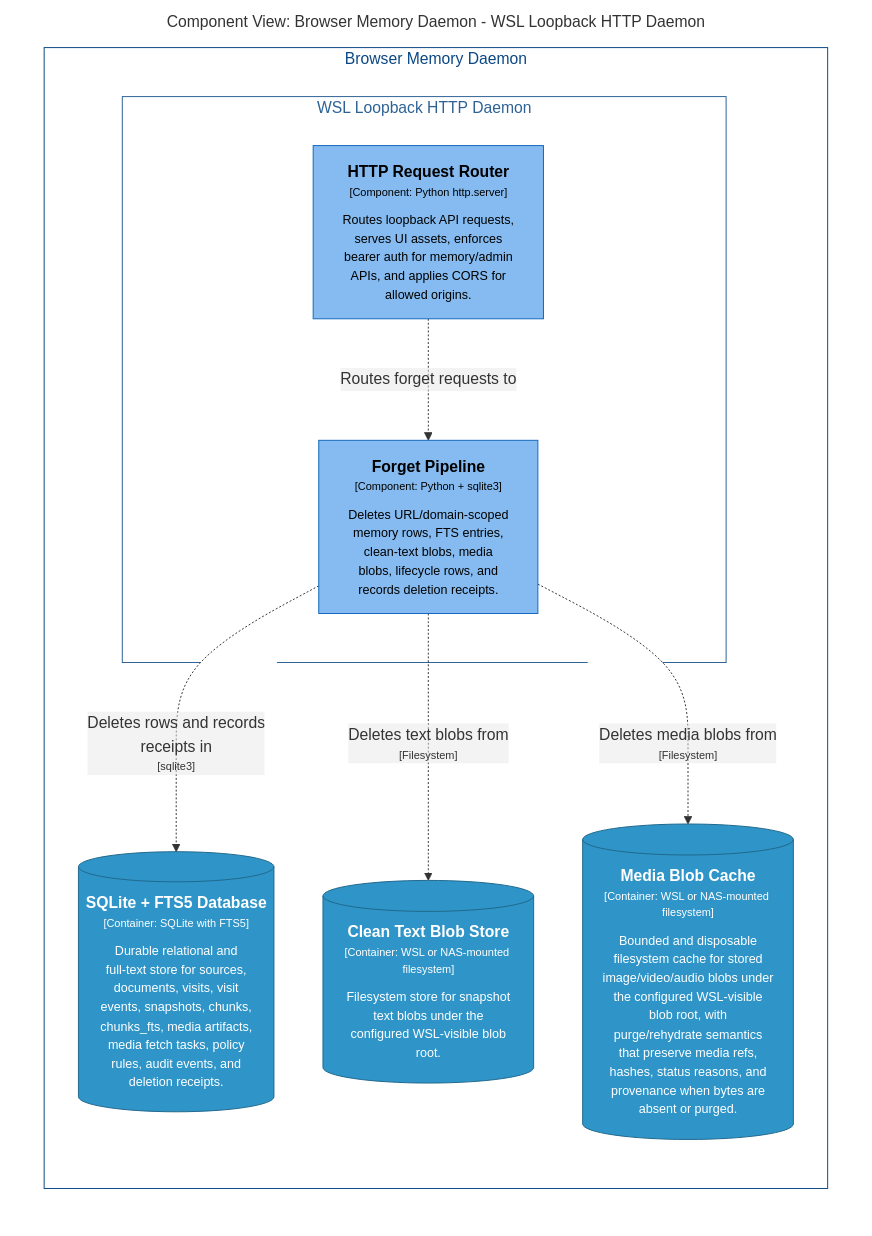
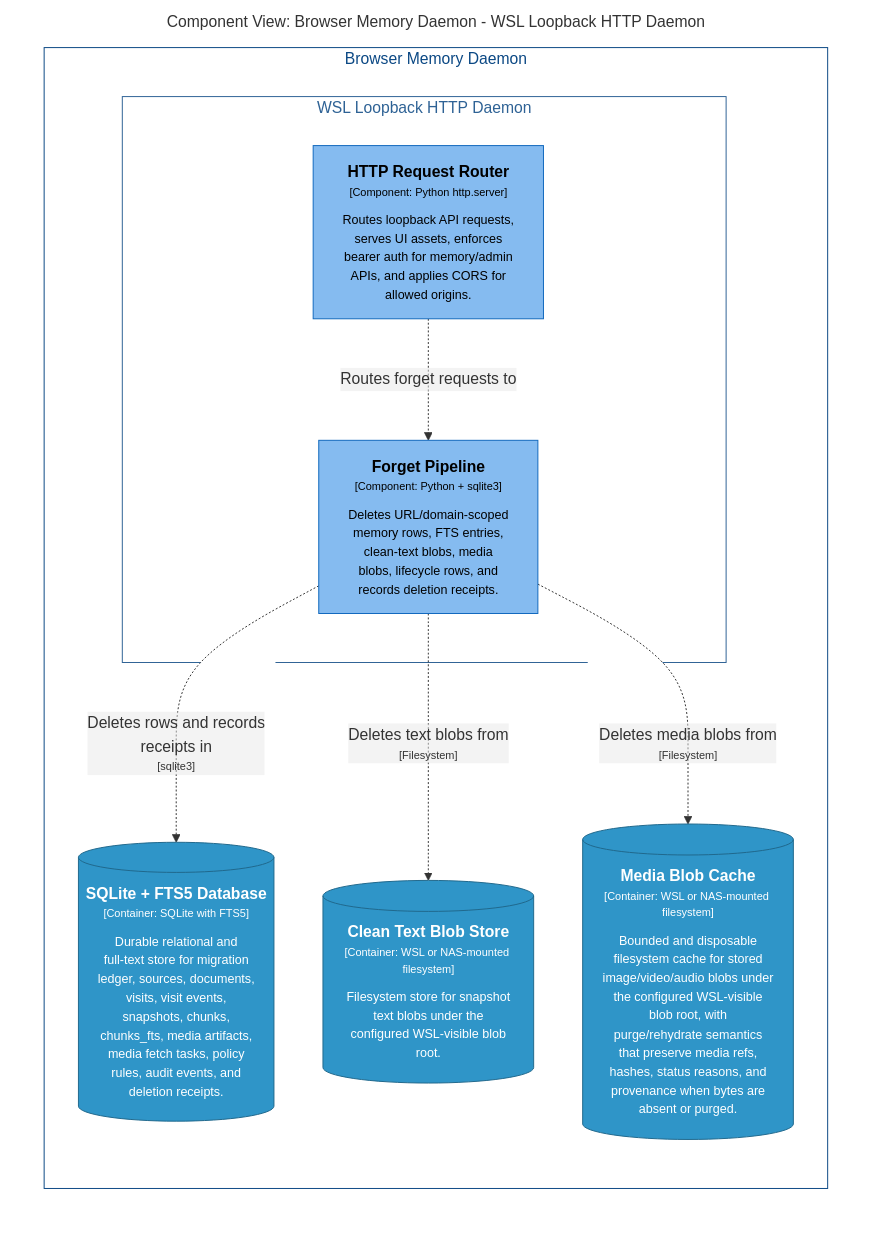
Before and after one commit to michaelnicks0/browser-memory-daemon: the diagram in docs/architecture/diagrams/markdown/DaemonForgetComponents.md, drawn with Mermaid. The commit also changed 180 other files, not shown here.

Commit message:
feat(db): add versioned migration ledger and compatibility checks

````diff
--- a/docs/architecture/diagrams/markdown/DaemonForgetComponents.md
+++ b/docs/architecture/diagrams/markdown/DaemonForgetComponents.md
@@ -16,34 +16,34 @@
 ```mermaid
 graph LR
   linkStyle default fill:#ffffff
 
   subgraph diagram ["Component View: Browser Memory Daemon - WSL Loopback HTTP Daemon"]
     style diagram fill:#ffffff,stroke:#ffffff
 
     subgraph 4 ["Browser Memory Daemon"]
       style 4 fill:#ffffff,stroke:#0b4884,color:#0b4884
 
       subgraph 14 ["WSL Loopback HTTP Daemon"]
         style 14 fill:#ffffff,stroke:#2e6295,color:#2e6295
 
         15["<div style='font-weight: bold'>HTTP Request Router</div><div style='font-size: 70%; margin-top: 0px'>[Component: Python http.server]</div><div style='font-size: 80%; margin-top:10px'>Routes loopback API requests,<br />serves UI assets, enforces<br />bearer auth for memory/admin<br />APIs, and applies CORS for<br />allowed origins.</div>"]
         style 15 fill:#85bbf0,stroke:#1168bd,color:#000000
-        22["<div style='font-weight: bold'>Forget Pipeline</div><div style='font-size: 70%; margin-top: 0px'>[Component: Python + sqlite3]</div><div style='font-size: 80%; margin-top:10px'>Deletes URL/domain-scoped<br />memory rows, FTS entries,<br />clean-text blobs, media<br />blobs, lifecycle rows, and<br />records deletion receipts.</div>"]
-        style 22 fill:#85bbf0,stroke:#1168bd,color:#000000
+        23["<div style='font-weight: bold'>Forget Pipeline</div><div style='font-size: 70%; margin-top: 0px'>[Component: Python + sqlite3]</div><div style='font-size: 80%; margin-top:10px'>Deletes URL/domain-scoped<br />memory rows, FTS entries,<br />clean-text blobs, media<br />blobs, lifecycle rows, and<br />records deletion receipts.</div>"]
+        style 23 fill:#85bbf0,stroke:#1168bd,color:#000000
       end
 
-      27[("<div style='font-weight: bold'>SQLite + FTS5 Database</div><div style='font-size: 70%; margin-top: 0px'>[Container: SQLite with FTS5]</div><div style='font-size: 80%; margin-top:10px'>Durable relational and<br />full-text store for sources,<br />documents, visits, visit<br />events, snapshots, chunks,<br />chunks_fts, media artifacts,<br />media fetch tasks, policy<br />rules, audit events, and<br />deletion receipts.</div>")]
-      style 27 fill:#2f95c8,stroke:#20688c,color:#ffffff
-      28[("<div style='font-weight: bold'>Clean Text Blob Store</div><div style='font-size: 70%; margin-top: 0px'>[Container: WSL or NAS-mounted filesystem]</div><div style='font-size: 80%; margin-top:10px'>Filesystem store for snapshot<br />text blobs under the<br />configured WSL-visible blob<br />root.</div>")]
+      28[("<div style='font-weight: bold'>SQLite + FTS5 Database</div><div style='font-size: 70%; margin-top: 0px'>[Container: SQLite with FTS5]</div><div style='font-size: 80%; margin-top:10px'>Durable relational and<br />full-text store for migration<br />ledger, sources, documents,<br />visits, visit events,<br />snapshots, chunks,<br />chunks_fts, media artifacts,<br />media fetch tasks, policy<br />rules, audit events, and<br />deletion receipts.</div>")]
       style 28 fill:#2f95c8,stroke:#20688c,color:#ffffff
-      29[("<div style='font-weight: bold'>Media Blob Cache</div><div style='font-size: 70%; margin-top: 0px'>[Container: WSL or NAS-mounted filesystem]</div><div style='font-size: 80%; margin-top:10px'>Bounded and disposable<br />filesystem cache for stored<br />image/video/audio blobs under<br />the configured WSL-visible<br />blob root, with<br />purge/rehydrate semantics<br />that preserve media refs,<br />hashes, status reasons, and<br />provenance when bytes are<br />absent or purged.</div>")]
+      29[("<div style='font-weight: bold'>Clean Text Blob Store</div><div style='font-size: 70%; margin-top: 0px'>[Container: WSL or NAS-mounted filesystem]</div><div style='font-size: 80%; margin-top:10px'>Filesystem store for snapshot<br />text blobs under the<br />configured WSL-visible blob<br />root.</div>")]
       style 29 fill:#2f95c8,stroke:#20688c,color:#ffffff
+      30[("<div style='font-weight: bold'>Media Blob Cache</div><div style='font-size: 70%; margin-top: 0px'>[Container: WSL or NAS-mounted filesystem]</div><div style='font-size: 80%; margin-top:10px'>Bounded and disposable<br />filesystem cache for stored<br />image/video/audio blobs under<br />the configured WSL-visible<br />blob root, with<br />purge/rehydrate semantics<br />that preserve media refs,<br />hashes, status reasons, and<br />provenance when bytes are<br />absent or purged.</div>")]
+      style 30 fill:#2f95c8,stroke:#20688c,color:#ffffff
     end
 
-    15-. "<div>Routes forget requests to</div><div style='font-size: 70%'></div>" .->22
-    22-. "<div>Deletes rows and records<br />receipts in</div><div style='font-size: 70%'>[sqlite3]</div>" .->27
-    22-. "<div>Deletes text blobs from</div><div style='font-size: 70%'>[Filesystem]</div>" .->28
-    22-. "<div>Deletes media blobs from</div><div style='font-size: 70%'>[Filesystem]</div>" .->29
+    15-. "<div>Routes forget requests to</div><div style='font-size: 70%'></div>" .->23
+    23-. "<div>Deletes rows and records<br />receipts in</div><div style='font-size: 70%'>[sqlite3]</div>" .->28
+    23-. "<div>Deletes text blobs from</div><div style='font-size: 70%'>[Filesystem]</div>" .->29
+    23-. "<div>Deletes media blobs from</div><div style='font-size: 70%'>[Filesystem]</div>" .->30
 
   end
 ```
````
